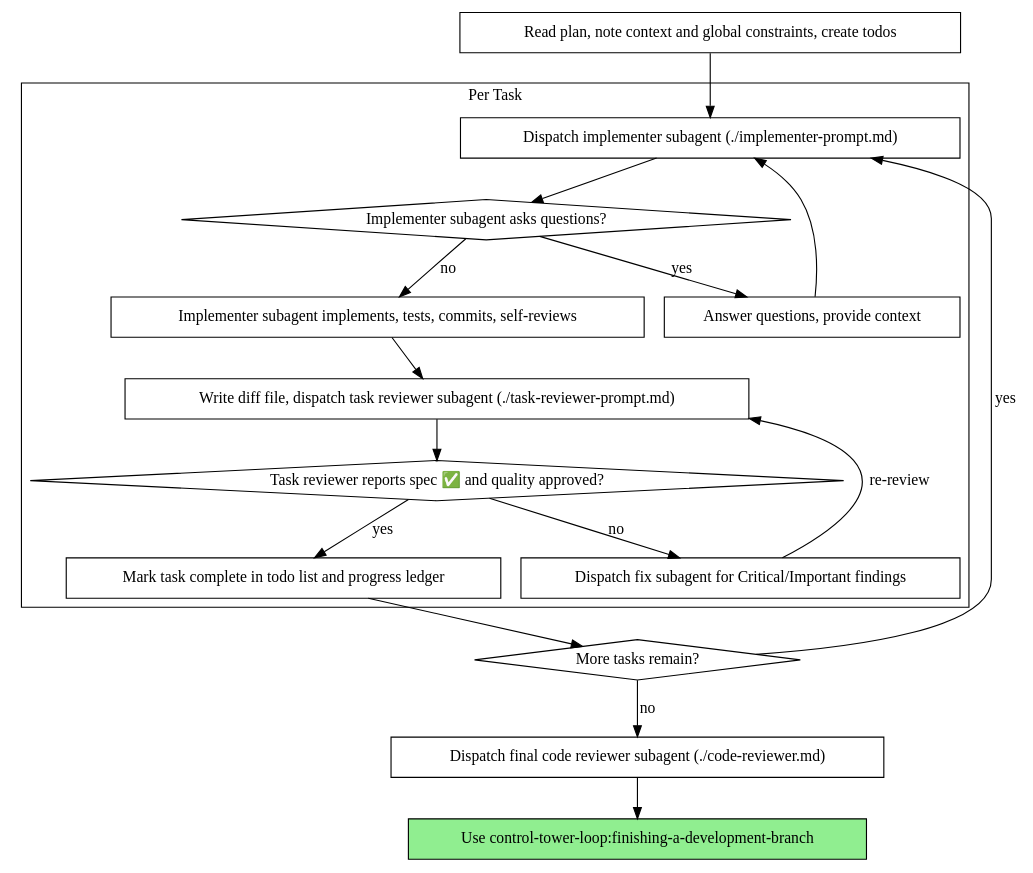
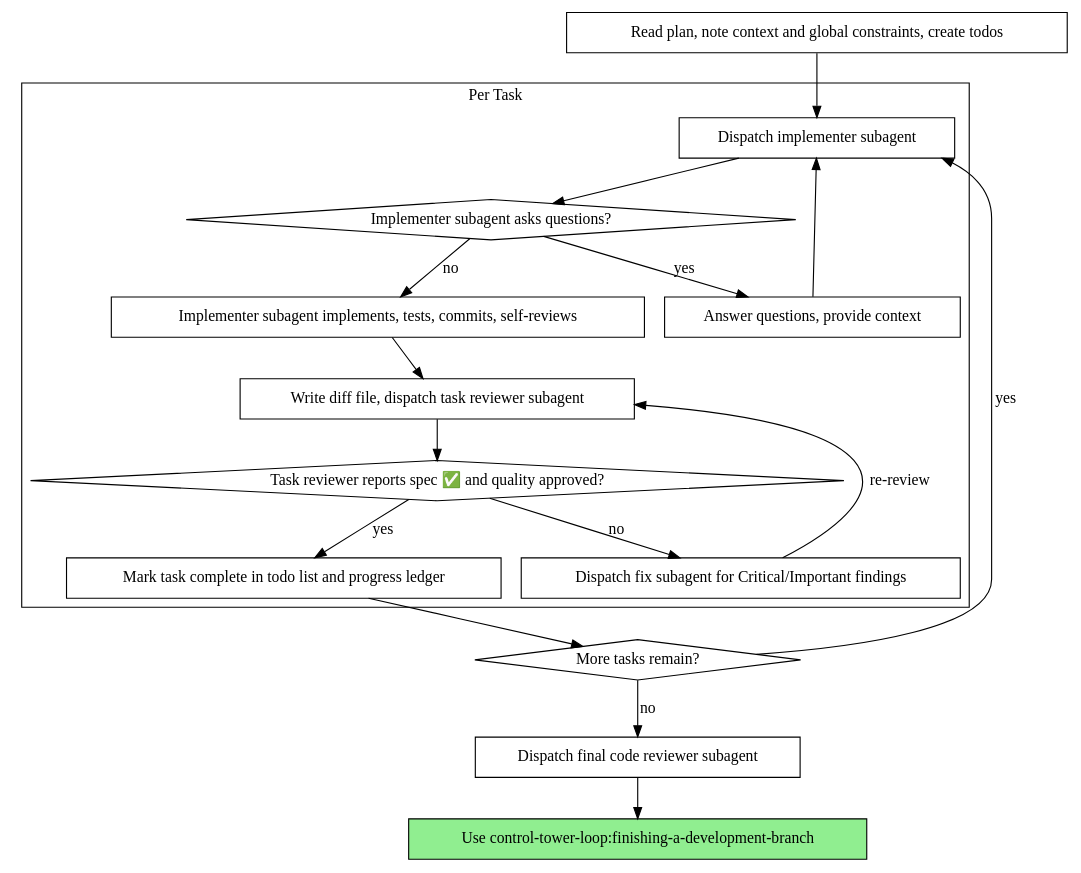
Before and after one commit to josemerca/control-tower-plugin: the second of 2 diagrams in plugin/skills/subagent-driven-development/SKILL.md, drawn with Graphviz. The commit also changed other lines of this file and 16 other files, not shown here.

````diff
--- a/plugin/skills/subagent-driven-development/SKILL.md
+++ b/plugin/skills/subagent-driven-development/SKILL.md
@@ -51,37 +51,37 @@
 ```dot
 digraph process {
     rankdir=TB;
 
     subgraph cluster_per_task {
         label="Per Task";
-        "Dispatch implementer subagent (./implementer-prompt.md)" [shape=box];
+        "Dispatch implementer subagent" [shape=box];
         "Implementer subagent asks questions?" [shape=diamond];
         "Answer questions, provide context" [shape=box];
         "Implementer subagent implements, tests, commits, self-reviews" [shape=box];
-        "Write diff file, dispatch task reviewer subagent (./task-reviewer-prompt.md)" [shape=box];
+        "Write diff file, dispatch task reviewer subagent" [shape=box];
         "Task reviewer reports spec ✅ and quality approved?" [shape=diamond];
         "Dispatch fix subagent for Critical/Important findings" [shape=box];
         "Mark task complete in todo list and progress ledger" [shape=box];
     }
 
     "Read plan, note context and global constraints, create todos" [shape=box];
     "More tasks remain?" [shape=diamond];
-    "Dispatch final code reviewer subagent (./code-reviewer.md)" [shape=box];
+    "Dispatch final code reviewer subagent" [shape=box];
     "Use control-tower-loop:finishing-a-development-branch" [shape=box style=filled fillcolor=lightgreen];
 
-    "Read plan, note context and global constraints, create todos" -> "Dispatch implementer subagent (./implementer-prompt.md)";
-    "Dispatch implementer subagent (./implementer-prompt.md)" -> "Implementer subagent asks questions?";
+    "Read plan, note context and global constraints, create todos" -> "Dispatch implementer subagent";
+    "Dispatch implementer subagent" -> "Implementer subagent asks questions?";
     "Implementer subagent asks questions?" -> "Answer questions, provide context" [label="yes"];
-    "Answer questions, provide context" -> "Dispatch implementer subagent (./implementer-prompt.md)";
+    "Answer questions, provide context" -> "Dispatch implementer subagent";
     "Implementer subagent asks questions?" -> "Implementer subagent implements, tests, commits, self-reviews" [label="no"];
-    "Implementer subagent implements, tests, commits, self-reviews" -> "Write diff file, dispatch task reviewer subagent (./task-reviewer-prompt.md)";
-    "Write diff file, dispatch task reviewer subagent (./task-reviewer-prompt.md)" -> "Task reviewer reports spec ✅ and quality approved?";
+    "Implementer subagent implements, tests, commits, self-reviews" -> "Write diff file, dispatch task reviewer subagent";
+    "Write diff file, dispatch task reviewer subagent" -> "Task reviewer reports spec ✅ and quality approved?";
     "Task reviewer reports spec ✅ and quality approved?" -> "Dispatch fix subagent for Critical/Important findings" [label="no"];
-    "Dispatch fix subagent for Critical/Important findings" -> "Write diff file, dispatch task reviewer subagent (./task-reviewer-prompt.md)" [label="re-review"];
+    "Dispatch fix subagent for Critical/Important findings" -> "Write diff file, dispatch task reviewer subagent" [label="re-review"];
     "Task reviewer reports spec ✅ and quality approved?" -> "Mark task complete in todo list and progress ledger" [label="yes"];
     "Mark task complete in todo list and progress ledger" -> "More tasks remain?";
-    "More tasks remain?" -> "Dispatch implementer subagent (./implementer-prompt.md)" [label="yes"];
-    "More tasks remain?" -> "Dispatch final code reviewer subagent (./code-reviewer.md)" [label="no"];
-    "Dispatch final code reviewer subagent (./code-reviewer.md)" -> "Use control-tower-loop:finishing-a-development-branch";
+    "More tasks remain?" -> "Dispatch implementer subagent" [label="yes"];
+    "More tasks remain?" -> "Dispatch final code reviewer subagent" [label="no"];
+    "Dispatch final code reviewer subagent" -> "Use control-tower-loop:finishing-a-development-branch";
 }
 ```
````
